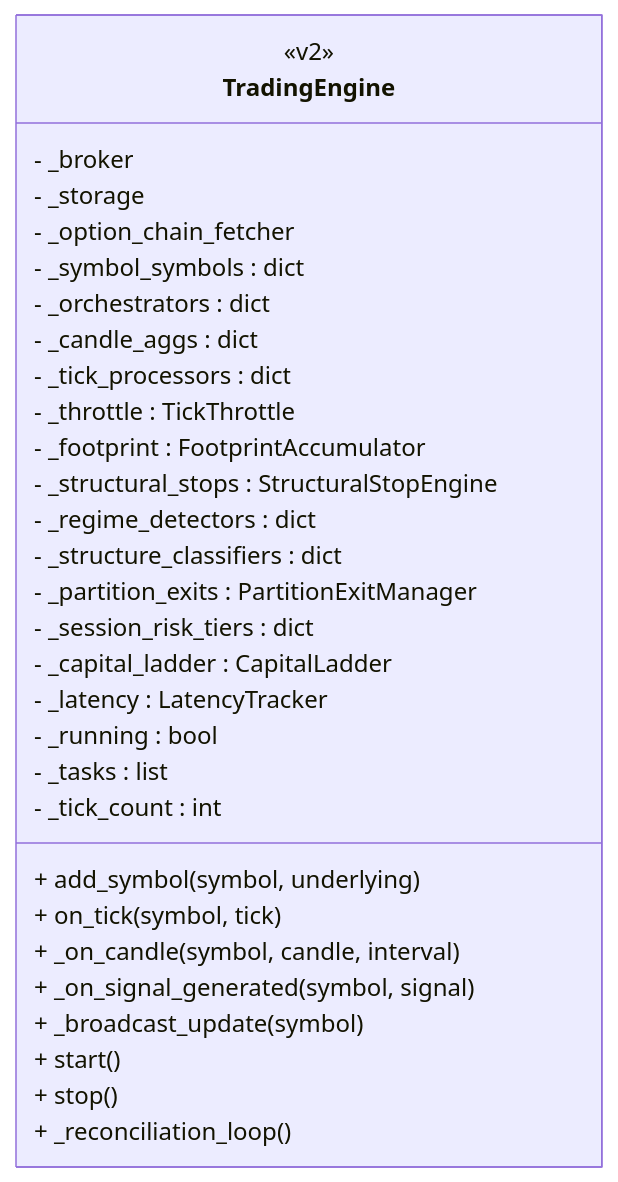
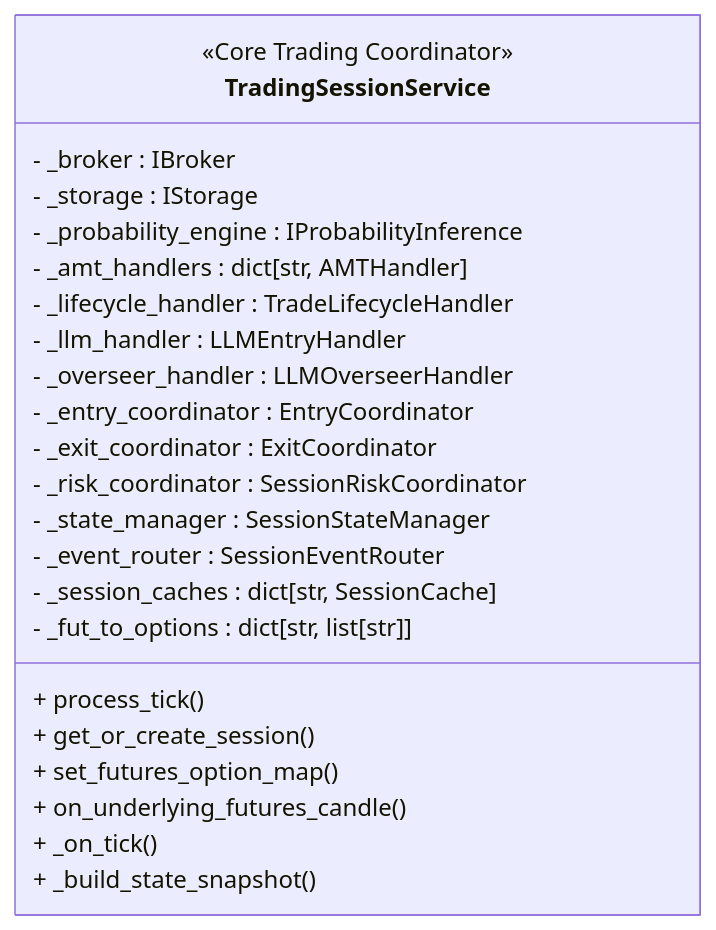
The third of 4 diagrams in .qoder/repowiki/en/content/Backend Application/Core Services/Trading Engine.md (gemrajkhatry-maker/v5-of-glassytrade-ai), drawn with Mermaid before and after one commit. The commit also changed other lines of this file and 219 other files, not shown here.

First line of the commit message:
refactor: major architecture improvements across backend, backendv2, brokers, and frontend

````diff
--- a/.qoder/repowiki/en/content/Backend Application/Core Services/Trading Engine.md
+++ b/.qoder/repowiki/en/content/Backend Application/Core Services/Trading Engine.md
@@ -267,33 +190,26 @@
 ```mermaid
 classDiagram
-class TradingEngine {
-<<v2>>
-- _broker
-- _storage
-- _option_chain_fetcher
-- _symbol_symbols : dict
-- _orchestrators : dict
-- _candle_aggs : dict
-- _tick_processors : dict
-- _throttle : TickThrottle
-- _footprint : FootprintAccumulator
-- _structural_stops : StructuralStopEngine
-- _regime_detectors : dict
-- _structure_classifiers : dict
-- _partition_exits : PartitionExitManager
-- _session_risk_tiers : dict
-- _capital_ladder : CapitalLadder
-- _latency : LatencyTracker
-- _running : bool
-- _tasks : list
-- _tick_count : int
-+ add_symbol(symbol, underlying)
-+ on_tick(symbol, tick)
-+ _on_candle(symbol, candle, interval)
-+ _on_signal_generated(symbol, signal)
-+ _broadcast_update(symbol)
-+ start()
-+ stop()
-+ _reconciliation_loop()
+class TradingSessionService {
+<<Core Trading Coordinator>>
+- _broker : IBroker
+- _storage : IStorage
+- _probability_engine : IProbabilityInference
+- _amt_handlers : dict[str, AMTHandler]
+- _lifecycle_handler : TradeLifecycleHandler
+- _llm_handler : LLMEntryHandler
+- _overseer_handler : LLMOverseerHandler
+- _entry_coordinator : EntryCoordinator
+- _exit_coordinator : ExitCoordinator
+- _risk_coordinator : SessionRiskCoordinator
+- _state_manager : SessionStateManager
+- _event_router : SessionEventRouter
+- _session_caches : dict[str, SessionCache]
+- _fut_to_options : dict[str, list[str]]
++ process_tick()
++ get_or_create_session()
++ set_futures_option_map()
++ on_underlying_futures_candle()
++ _on_tick()
++ _build_state_snapshot()
 }
 ```
````
